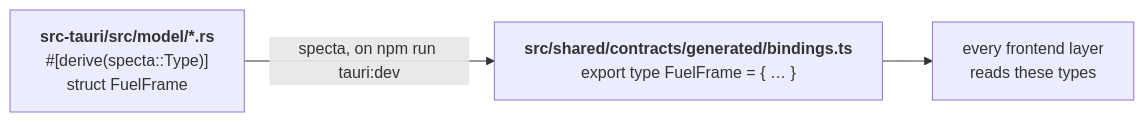
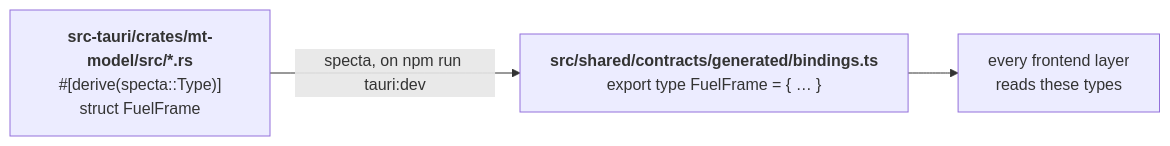
The third of 22 diagrams in docs/architecture.md (mvoof/Marble-Trace), drawn with Mermaid before and after one commit. The commit also changed other lines of this file and 291 other files, not shown here.

````diff
--- a/docs/architecture.md
+++ b/docs/architecture.md
@@ -179,7 +179,7 @@
 ```mermaid
 flowchart LR
-    A["<b>src-tauri/src/model/*.rs</b><br/>#[derive(specta::Type)]<br/>struct FuelFrame"]
+    A["<b>src-tauri/crates/mt-model/src/*.rs</b><br/>#[derive(specta::Type)]<br/>struct FuelFrame"]
     B["<b>src/shared/contracts/generated/bindings.ts</b><br/>export type FuelFrame = { … }"]
     C["every frontend layer<br/>reads these types"]
     A -->|"specta, on npm run tauri:dev"| B --> C
 ```
````
